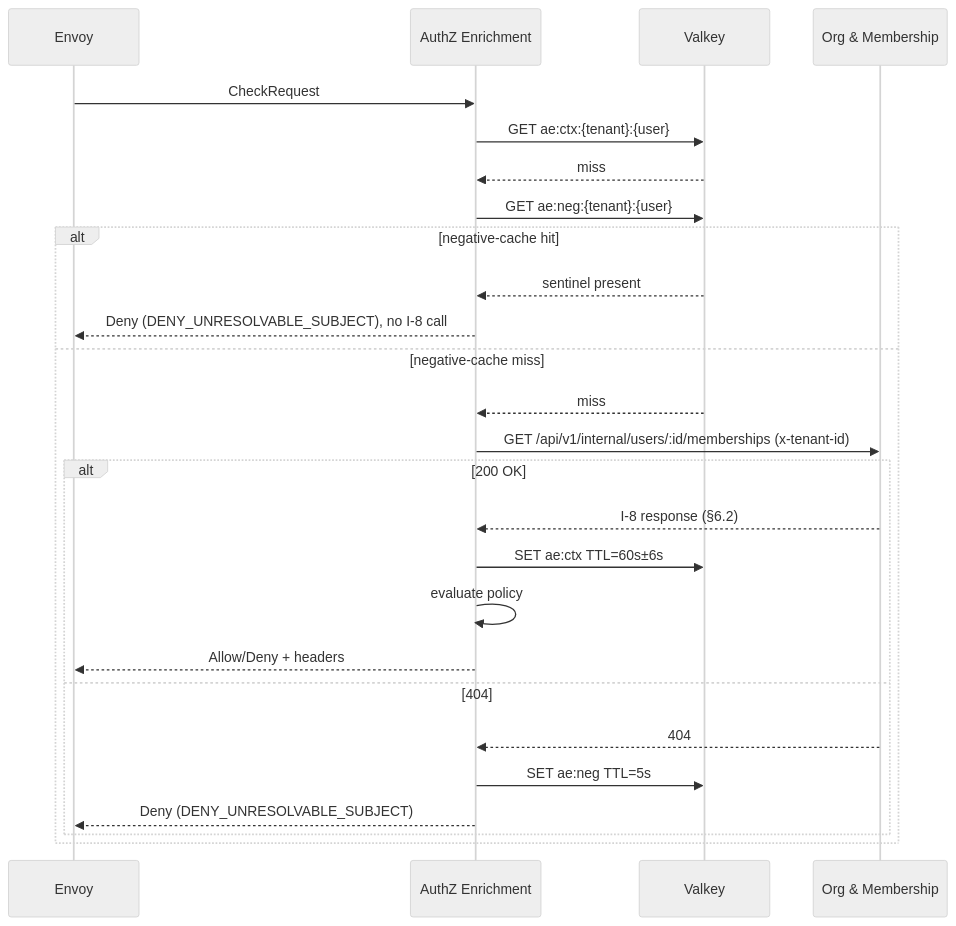
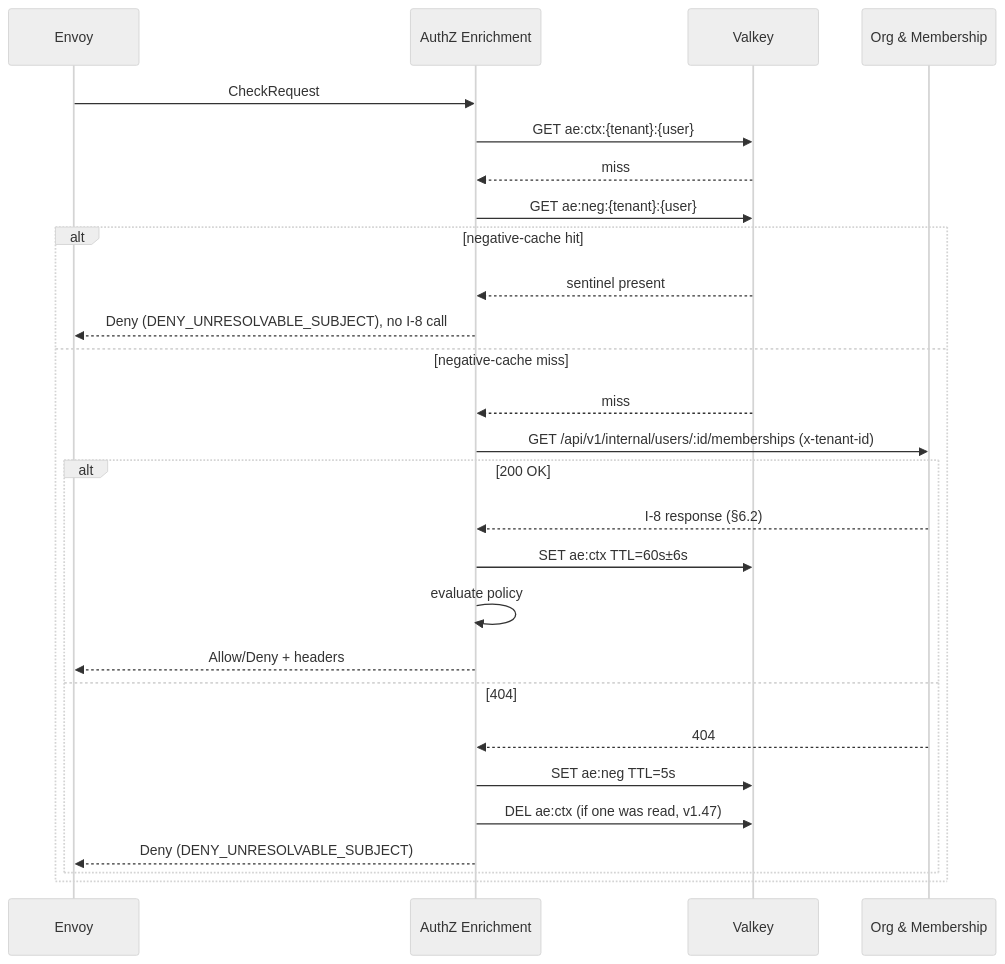
The fourth of 8 diagrams in docs/lld/iam-lld-authz-enrichment.md (BCBP-SOLUTIONS-FZC-LLC/iam-authz-enrichment), drawn with Mermaid (neutral theme) before and after one commit. The commit also changed other lines of this file and 3 other files, not shown here.

````diff
--- a/docs/lld/iam-lld-authz-enrichment.md
+++ b/docs/lld/iam-lld-authz-enrichment.md
@@ -643,29 +644,30 @@
 ```mermaid
 sequenceDiagram
     participant Envoy
     participant AuthZ as AuthZ Enrichment
     participant Valkey
     participant OM as Org & Membership
 
     Envoy->>AuthZ: CheckRequest
     AuthZ->>Valkey: GET ae:ctx:{tenant}:{user}
     Valkey-->>AuthZ: miss
     AuthZ->>Valkey: GET ae:neg:{tenant}:{user}
     alt negative-cache hit
         Valkey-->>AuthZ: sentinel present
         AuthZ-->>Envoy: Deny (DENY_UNRESOLVABLE_SUBJECT), no I-8 call
     else negative-cache miss
         Valkey-->>AuthZ: miss
         AuthZ->>OM: GET /api/v1/internal/users/:id/memberships (x-tenant-id)
         alt 200 OK
             OM-->>AuthZ: I-8 response (§6.2)
             AuthZ->>Valkey: SET ae:ctx TTL=60s±6s
             AuthZ->>AuthZ: evaluate policy
             AuthZ-->>Envoy: Allow/Deny + headers
         else 404
             OM-->>AuthZ: 404
             AuthZ->>Valkey: SET ae:neg TTL=5s
+            AuthZ->>Valkey: DEL ae:ctx (if one was read, v1.47)
             AuthZ-->>Envoy: Deny (DENY_UNRESOLVABLE_SUBJECT)
         end
     end
 ```
````
